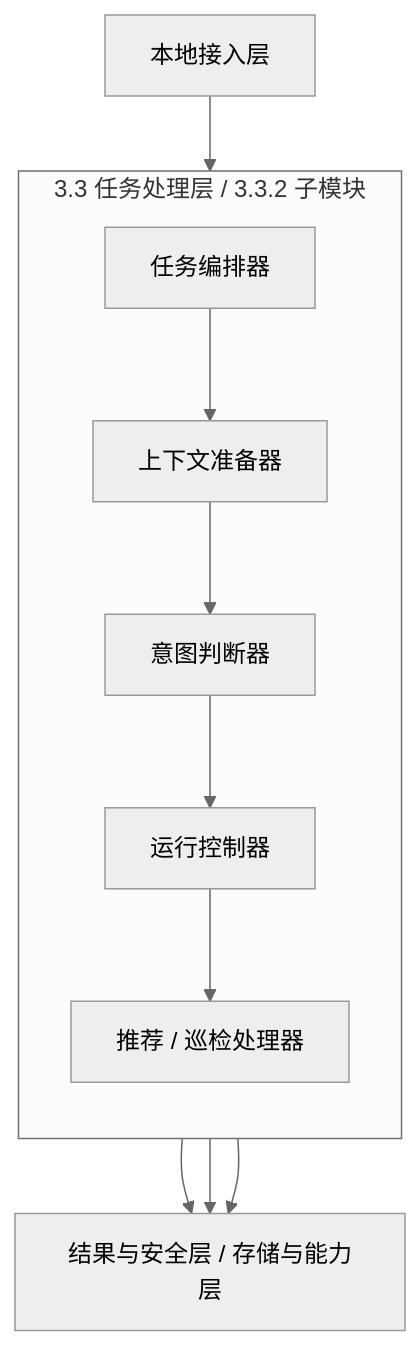
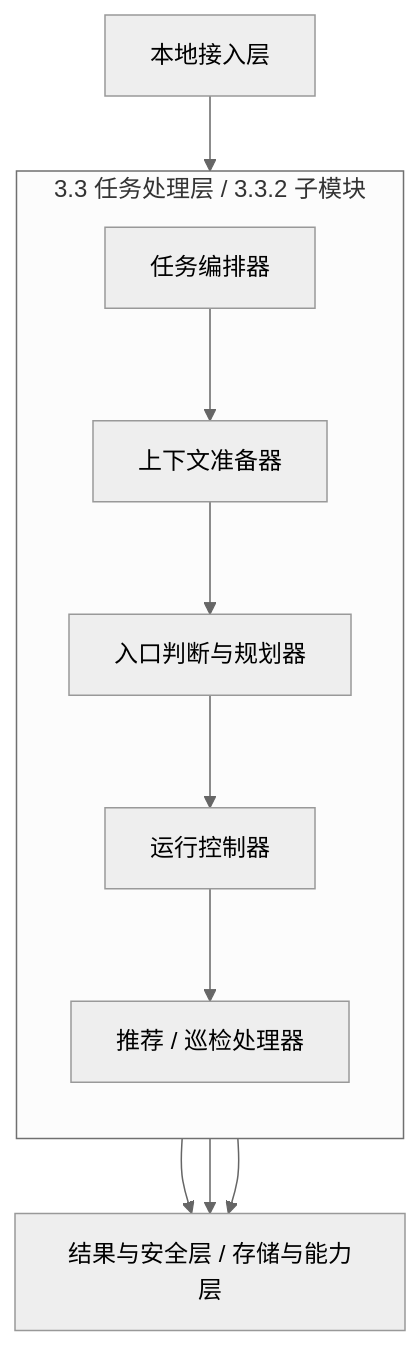
The sixth of 15 diagrams in docs/architecture-overview.md (gdemonc/CialloClaw), drawn with Mermaid (neutral theme) before and after one commit. The commit also changed other lines of this file and 4 other files, not shown here.

Commit message:
docs(agent-loop): align architecture and contributor rules

````diff
--- a/docs/architecture-overview.md
+++ b/docs/architecture-overview.md
@@ -349,24 +349,24 @@
 ```mermaid
 flowchart TB
     PREV[本地接入层]
 
     subgraph TaskLayer[3.3 任务处理层 / 3.3.2 子模块]
         direction TB
         T1[任务编排器]
         T2[上下文准备器]
-        T3[意图判断器]
+        T3[入口判断与规划器]
         T4[运行控制器]
         T5[推荐 / 巡检处理器]
     end
 
     NEXT[结果与安全层 / 存储与能力层]
 
     PREV --> T1
     T1 --> T2
     T2 --> T3
     T3 --> T4
     T4 --> T5
     T2 --> NEXT
     T4 --> NEXT
     T5 --> NEXT
 ```
````
